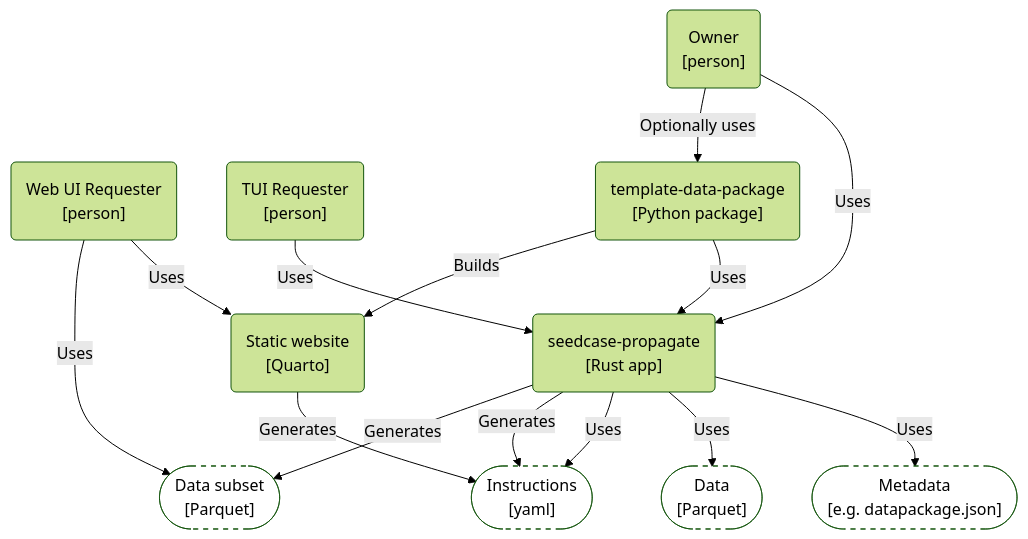
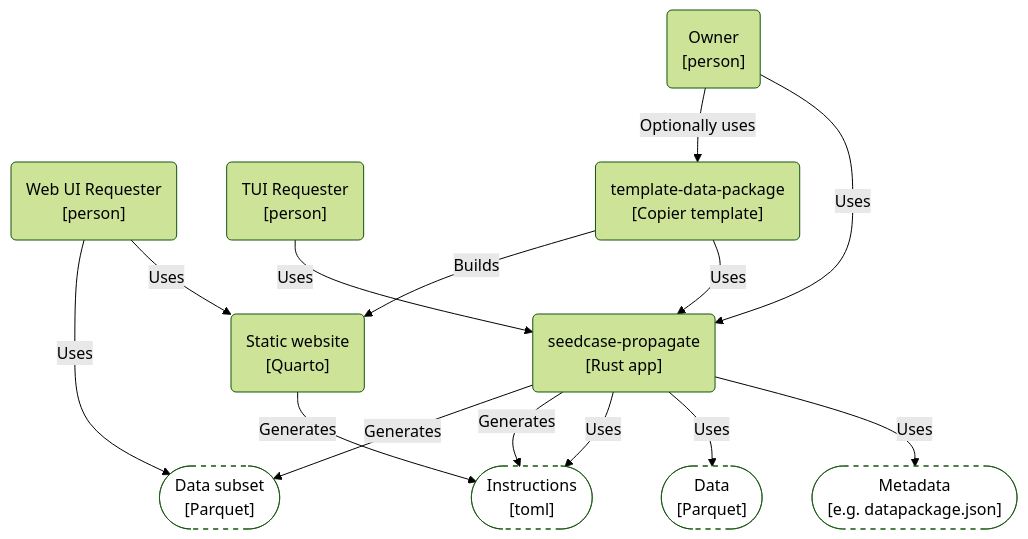
Before and after one commit to seedcase-project/seedcase-propagate: the first of 2 diagrams in docs/design/architecture.qmd, drawn with Mermaid (forest theme). The commit also changed other lines of this file, not shown here.

````diff
--- a/docs/design/architecture.qmd
+++ b/docs/design/architecture.qmd
@@ -71,41 +71,41 @@
 ```{mermaid}
 %%| label: fig-c4-context
 %%| fig-cap: "C4 system context diagram showing the users and external systems Propagate interacts with."
 
 flowchart TD
 
     user_requester_web("Web UI Requester<br>[person]")
     user_requester_tui("TUI Requester<br>[person]")
     user_owner("Owner<br>[person]")
 
     data(["Data<br>[Parquet]"])
     metadata(["Metadata<br>[e.g. datapackage.json]"])
-    instructions(["Instructions<br>[yaml]"])
+    instructions(["Instructions<br>[toml]"])
 
     propagate("seedcase-propagate<br>[Rust app]")
-    template_dp("template-data-package<br>[Python package]")
+    template_dp("template-data-package<br>[Copier template]")
     website("Static website<br>[Quarto]")
 
     subset(["Data subset<br>[Parquet]"])
 
     propagate --"Uses"--> metadata
     propagate --"Uses"--> data
     propagate --"Uses"--> instructions
 
     user_owner --"Uses"--> propagate
     user_owner --"Optionally uses"--> template_dp
     user_requester_web --"Uses"--> website
     user_requester_tui --"Uses"--> propagate
     template_dp --"Uses"--> propagate
 
     template_dp --"Builds"--> website
     website --"Generates"--> instructions
     propagate --"Generates"--> instructions
     propagate --"Generates"--> subset
 
     user_requester_web --"Uses"--> subset
 
     %% Styling
     classDef artifact fill:transparent, stroke-dasharray: 5 5
     class metadata,data,instructions,subset artifact
 ```
````
